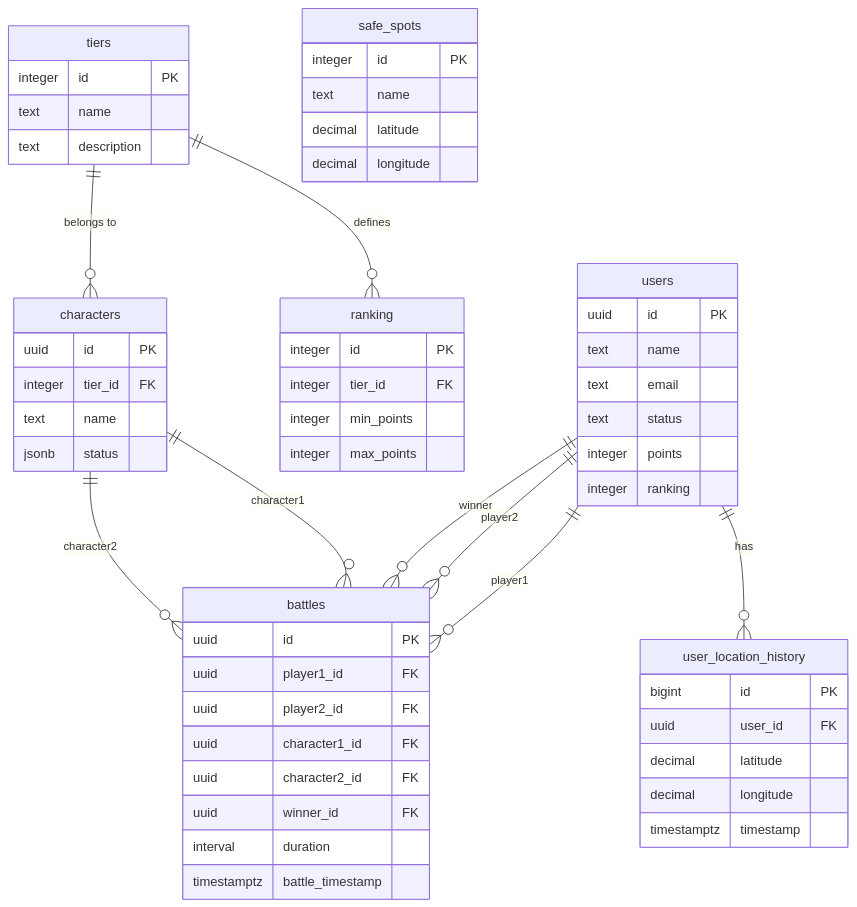
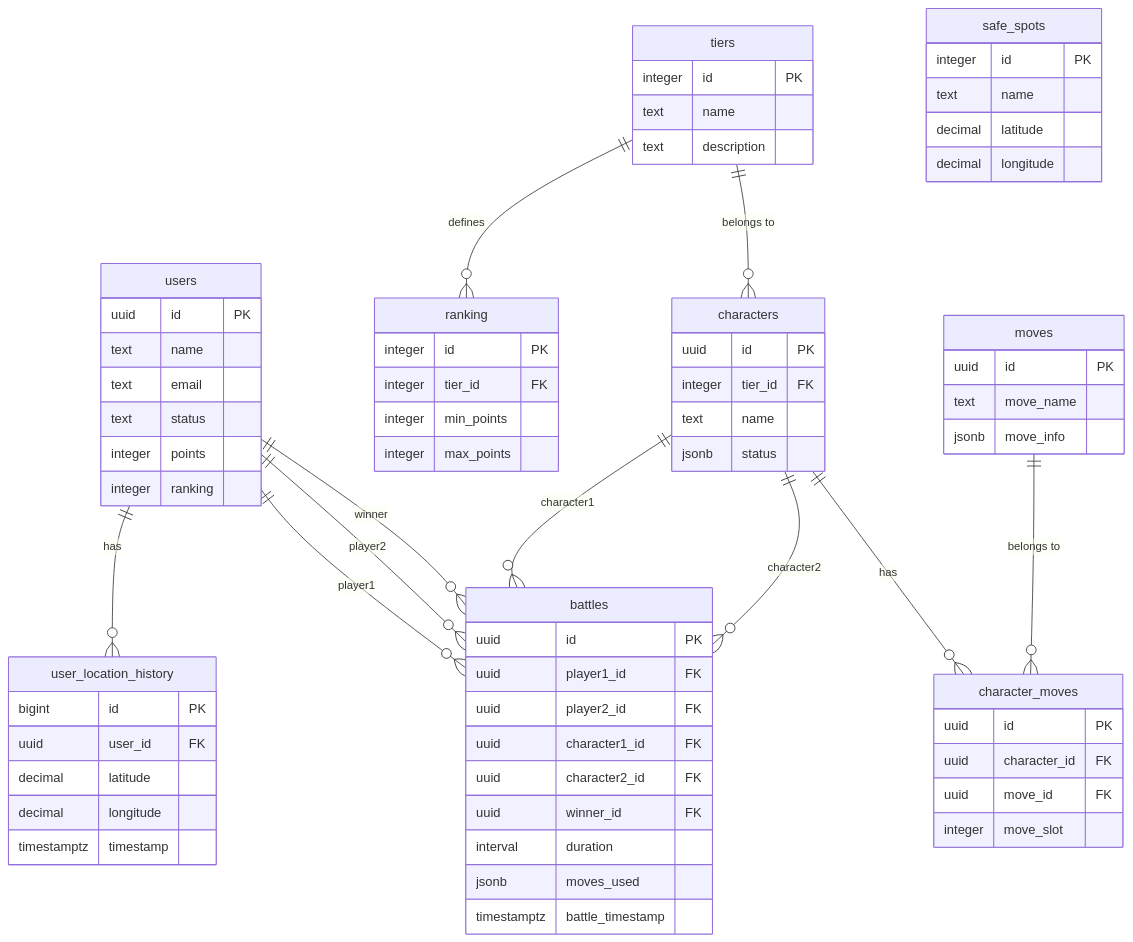
One commit to Cabritto-Corps/CaosFighters changed the diagram in database/database.md. Above: the diagram before and after it, drawn with Mermaid. The commit also changed other lines of this file and 5 other files, not shown here.

Commit message:
created two new tables, the character_moves and the moves table. Created a script to populate the moves table with 30 moves so testing is possible

````diff
--- a/database/database.md
+++ b/database/database.md
@@ -13,66 +13,82 @@
 ```mermaid
 erDiagram
     users {
         uuid id PK
         text name
         text email
         text status
         integer points
         integer ranking
     }
 
     tiers {
         integer id PK
         text name
         text description
     }
 
     ranking {
         integer id PK
         integer tier_id FK
         integer min_points
         integer max_points
     }
 
     characters {
         uuid id PK
         integer tier_id FK
         text name
         jsonb status
     }
 
     battles {
         uuid id PK
         uuid player1_id FK
         uuid player2_id FK
         uuid character1_id FK
         uuid character2_id FK
         uuid winner_id FK
         interval duration
+        jsonb moves_used
         timestamptz battle_timestamp
+    }
+
+    moves {
+        uuid id PK
+        text move_name
+        jsonb move_info
+    }
+
+    character_moves {
+        uuid id PK
+        uuid character_id FK
+        uuid move_id FK
+        integer move_slot
     }
 
     user_location_history {
         bigint id PK
         uuid user_id FK
         decimal latitude
         decimal longitude
         timestamptz timestamp
     }
 
     safe_spots {
         integer id PK
         text name
         decimal latitude
         decimal longitude
     }
 
     users ||--o{ battles : "player1"
     users ||--o{ battles : "player2"
     users ||--o{ battles : "winner"
     users ||--o{ user_location_history : "has"
     characters ||--o{ battles : "character1"
     characters ||--o{ battles : "character2"
+    characters ||--o{ character_moves : "has"
+    moves ||--o{ character_moves : "belongs to"
     tiers ||--o{ characters : "belongs to"
     tiers ||--o{ ranking : "defines"
 ```
````
